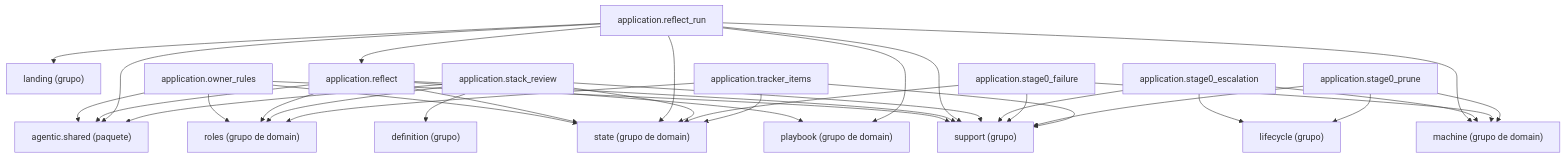
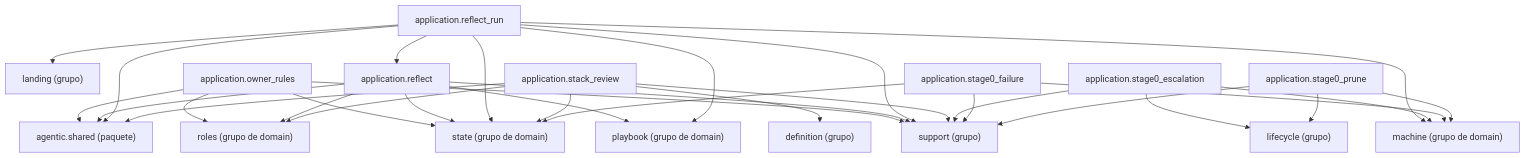
The diagram in docs/architecture/generated/packages-process-application-reflection.md (GonzaloZevallos/agentic-system), drawn with Mermaid before and after one commit. The commit also changed 6 other files, not shown here.

Commit message:
Merge master into GH-689; place application.tracker_items in the landing cluster now that reflection is full

````diff
--- a/docs/architecture/generated/packages-process-application-reflection.md
+++ b/docs/architecture/generated/packages-process-application-reflection.md
@@ -16,53 +16,49 @@
 ```mermaid
 graph TD
     g_application__definition["definition (grupo)"]
     g_application__landing["landing (grupo)"]
     g_application__lifecycle["lifecycle (grupo)"]
     g_application__support["support (grupo)"]
     g_domain__machine["machine (grupo de domain)"]
     g_domain__playbook["playbook (grupo de domain)"]
     g_domain__roles["roles (grupo de domain)"]
     g_domain__state["state (grupo de domain)"]
     g_pkg__agentic__shared["agentic.shared (paquete)"]
     m_application__owner_rules["application.owner_rules"]
     m_application__reflect["application.reflect"]
     m_application__reflect_run["application.reflect_run"]
     m_application__stack_review["application.stack_review"]
     m_application__stage0_escalation["application.stage0_escalation"]
     m_application__stage0_failure["application.stage0_failure"]
     m_application__stage0_prune["application.stage0_prune"]
-    m_application__tracker_items["application.tracker_items"]
     m_application__owner_rules --> g_application__support
     m_application__owner_rules --> g_domain__roles
     m_application__owner_rules --> g_domain__state
     m_application__owner_rules --> g_pkg__agentic__shared
     m_application__reflect --> g_application__support
     m_application__reflect --> g_domain__playbook
     m_application__reflect --> g_domain__roles
     m_application__reflect --> g_domain__state
     m_application__reflect --> g_pkg__agentic__shared
     m_application__reflect_run --> g_application__landing
     m_application__reflect_run --> g_application__support
     m_application__reflect_run --> g_domain__machine
     m_application__reflect_run --> g_domain__playbook
     m_application__reflect_run --> g_domain__state
     m_application__reflect_run --> g_pkg__agentic__shared
     m_application__reflect_run --> m_application__reflect
     m_application__stack_review --> g_application__definition
     m_application__stack_review --> g_application__support
     m_application__stack_review --> g_domain__roles
     m_application__stack_review --> g_domain__state
     m_application__stack_review --> g_pkg__agentic__shared
     m_application__stage0_escalation --> g_application__lifecycle
     m_application__stage0_escalation --> g_application__support
     m_application__stage0_escalation --> g_domain__machine
     m_application__stage0_failure --> g_application__support
     m_application__stage0_failure --> g_domain__machine
     m_application__stage0_failure --> g_domain__state
     m_application__stage0_prune --> g_application__lifecycle
     m_application__stage0_prune --> g_application__support
     m_application__stage0_prune --> g_domain__machine
-    m_application__tracker_items --> g_application__support
-    m_application__tracker_items --> g_domain__roles
-    m_application__tracker_items --> g_domain__state
 ```
````
